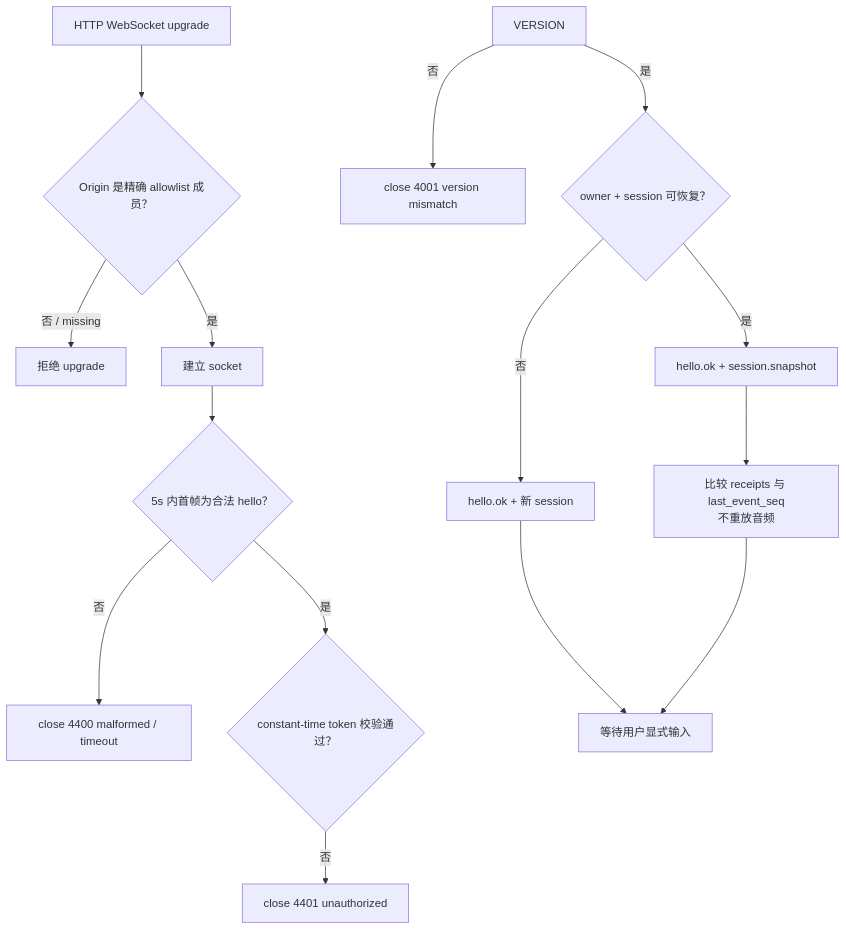
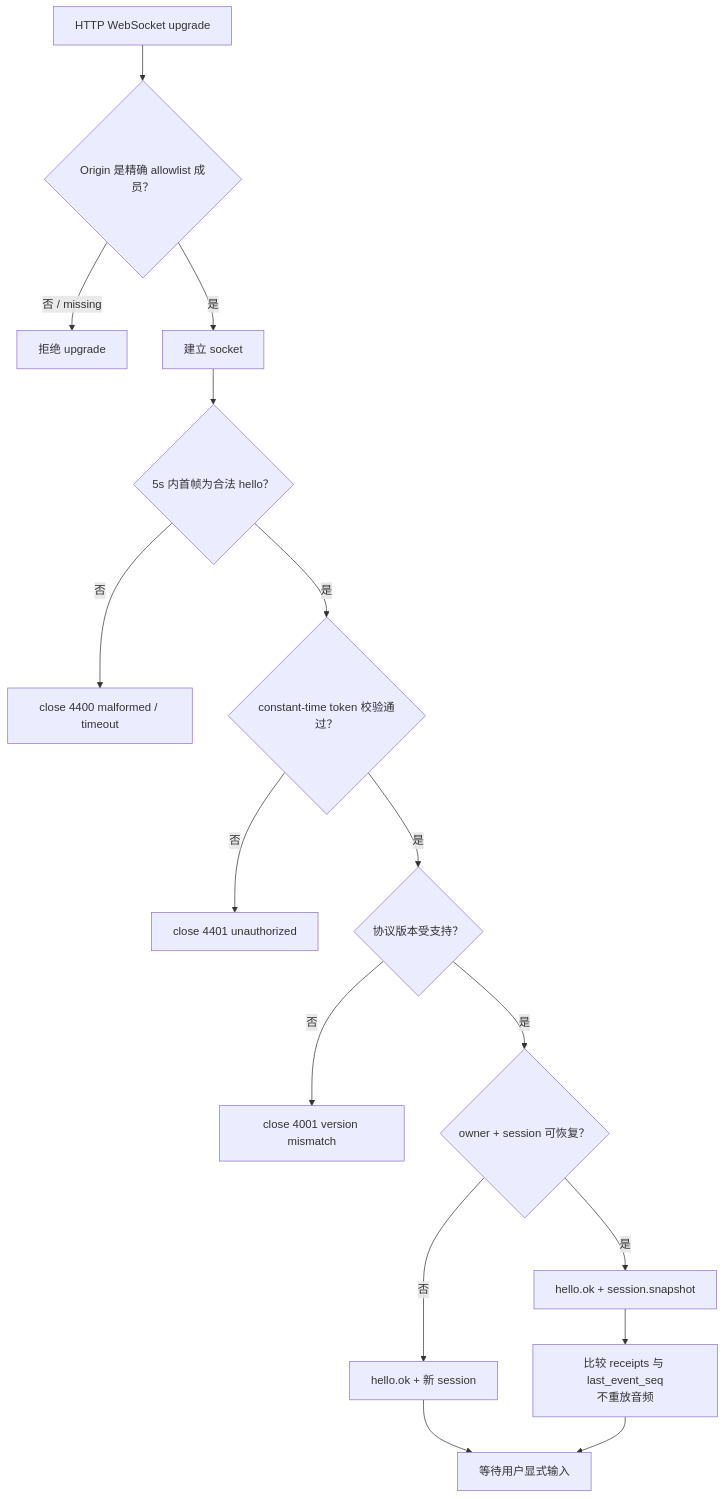
One commit to Momoyeyu/momo changed the first of 2 diagrams in docs/01-architecture/protocol.md. Above: the diagram before and after it, drawn with Mermaid. The commit also changed other lines of this file and 19 other files, not shown here.

````diff
--- a/docs/01-architecture/protocol.md
+++ b/docs/01-architecture/protocol.md
@@ -52,17 +55,18 @@
 ```mermaid
 flowchart TD
     UPGRADE["HTTP WebSocket upgrade"] --> ORIGIN{"Origin 是精确 allowlist 成员？"}
     ORIGIN -->|"否 / missing"| REJECT["拒绝 upgrade"]
     ORIGIN -->|"是"| SOCKET["建立 socket"]
     SOCKET --> HELLO{"5s 内首帧为合法 hello？"}
     HELLO -->|"否"| CLOSE4400["close 4400 malformed / timeout"]
     HELLO -->|"是"| TOKEN{"constant-time token 校验通过？"}
     TOKEN -->|"否"| CLOSE4401["close 4401 unauthorized"]
+    TOKEN -->|"是"| VERSION{"协议版本受支持？"}
     VERSION -->|"否"| CLOSE4001["close 4001 version mismatch"]
     VERSION -->|"是"| RESUME{"owner + session 可恢复？"}
     RESUME -->|"是"| SNAP["hello.ok + session.snapshot"]
     RESUME -->|"否"| NEW["hello.ok + 新 session"]
     SNAP --> COMPARE["比较 receipts 与 last_event_seq<br/>不重放音频"]
     NEW --> READY["等待用户显式输入"]
     COMPARE --> READY
 ```
````
